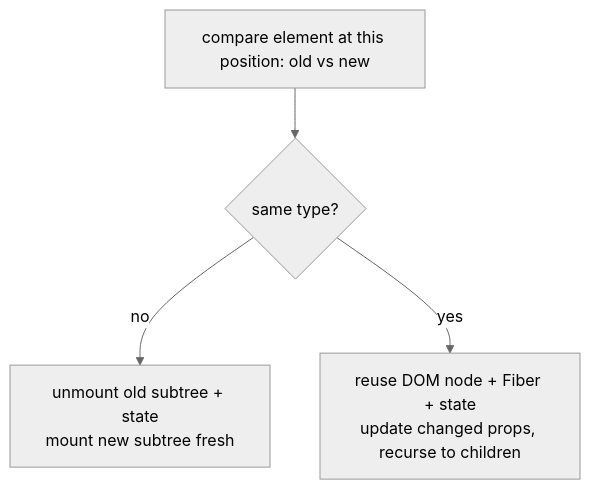
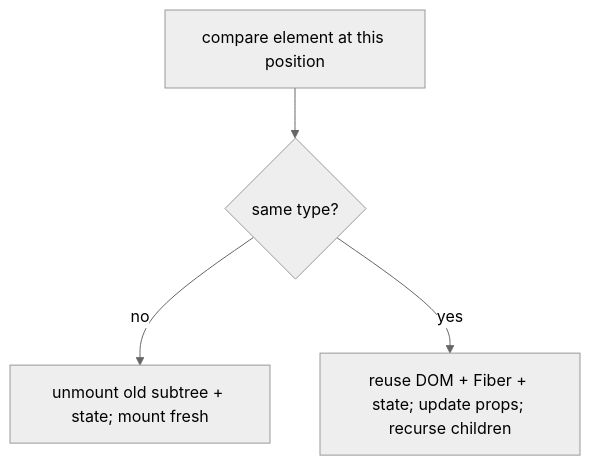
Before and after one commit to ashishxcode/frontend-internals: the first of 2 diagrams in packages/content/content/06-reconciliation.mdx, drawn with Mermaid (neutral theme). The commit also changed other lines of this file and 34 other files, not shown here.

````diff
--- a/packages/content/content/06-reconciliation.mdx
+++ b/packages/content/content/06-reconciliation.mdx
@@ -32,6 +23,6 @@
 ```mermaid
 flowchart TD
-  pos["compare element at this position: old vs new"] --> q{same type?}
-  q -->|no| replace["unmount old subtree + state<br/>mount new subtree fresh"]
-  q -->|yes| keep["reuse DOM node + Fiber + state<br/>update changed props, recurse to children"]
+  pos["compare element at this position"] --> q{same type?}
+  q -->|no| replace["unmount old subtree + state; mount fresh"]
+  q -->|yes| keep["reuse DOM + Fiber + state; update props; recurse children"]
 ```
````
